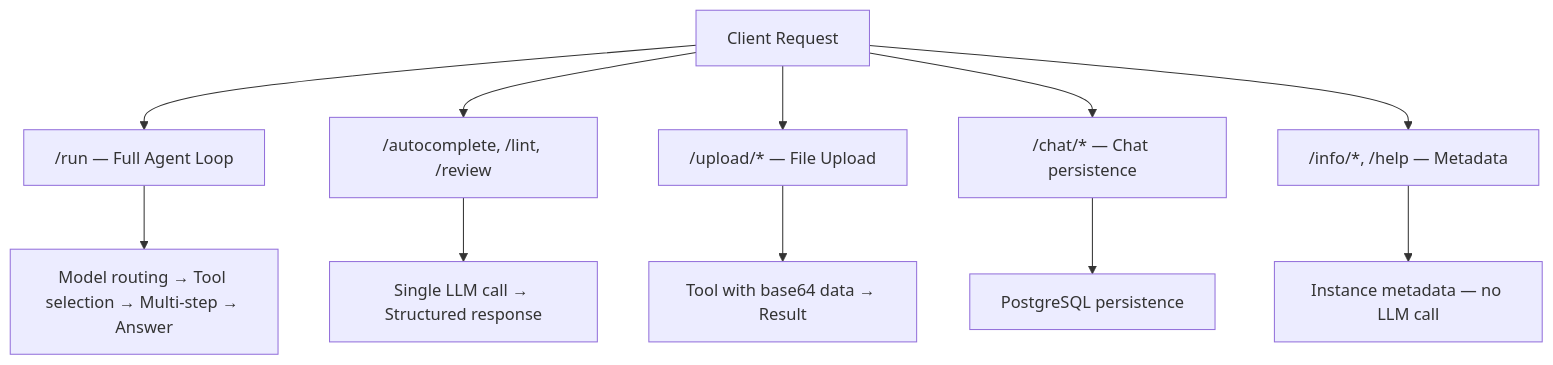
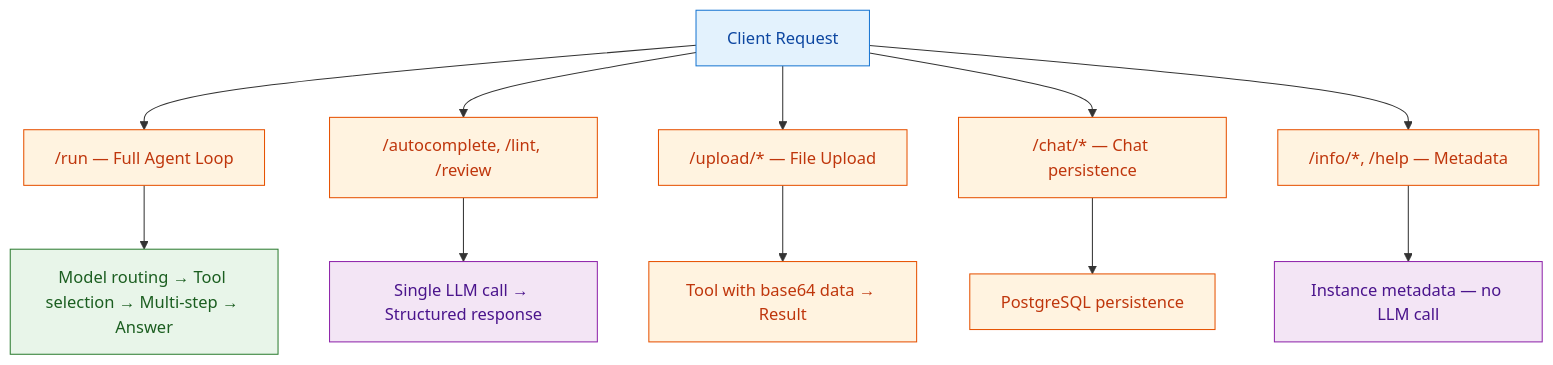
One commit to Guebbit/AI-coding-assistant changed the first of 3 diagrams in docs/endpoint-map.md. Above: the diagram before and after it, drawn with Mermaid. The commit also changed 54 other files, not shown here.

First line of the commit message:
docs: add mermaid diagrams to quickstart & ollama-notes, color-code all flowcharts

````diff
--- a/docs/endpoint-map.md
+++ b/docs/endpoint-map.md
@@ -102,14 +102,25 @@
 ```mermaid
 flowchart TD
     Client[Client Request]
     Client --> Generic["/run — Full Agent Loop"]
     Client --> Specialized["/autocomplete, /lint, /review"]
     Client --> Upload["/upload/* — File Upload"]
     Client --> Chat["/chat/* — Chat persistence"]
     Client --> Info["/info/*, /help — Metadata"]
     Generic --> AgentLoop["Model routing → Tool selection → Multi-step → Answer"]
     Specialized --> SingleLLM["Single LLM call → Structured response"]
     Upload --> ToolDirect["Tool with base64 data → Result"]
     Chat --> Persist["PostgreSQL persistence"]
     Info --> Static["Instance metadata — no LLM call"]
+    style Generic fill:#fff3e0,stroke:#e65100,color:#bf360c
+    style Specialized fill:#fff3e0,stroke:#e65100,color:#bf360c
+    style Upload fill:#fff3e0,stroke:#e65100,color:#bf360c
+    style Chat fill:#fff3e0,stroke:#e65100,color:#bf360c
+    style Info fill:#fff3e0,stroke:#e65100,color:#bf360c
+    style AgentLoop fill:#e8f5e9,stroke:#2e7d32,color:#1b5e20
+    style SingleLLM fill:#f3e5f5,stroke:#8e24aa,color:#4a148c
+    style ToolDirect fill:#fff3e0,stroke:#e65100,color:#bf360c
+    style Persist fill:#fff3e0,stroke:#e65100,color:#bf360c
+    style Static fill:#f3e5f5,stroke:#8e24aa,color:#4a148c
+    style Client fill:#e3f2fd,stroke:#1976d2,color:#0d47a1
 ```
````
